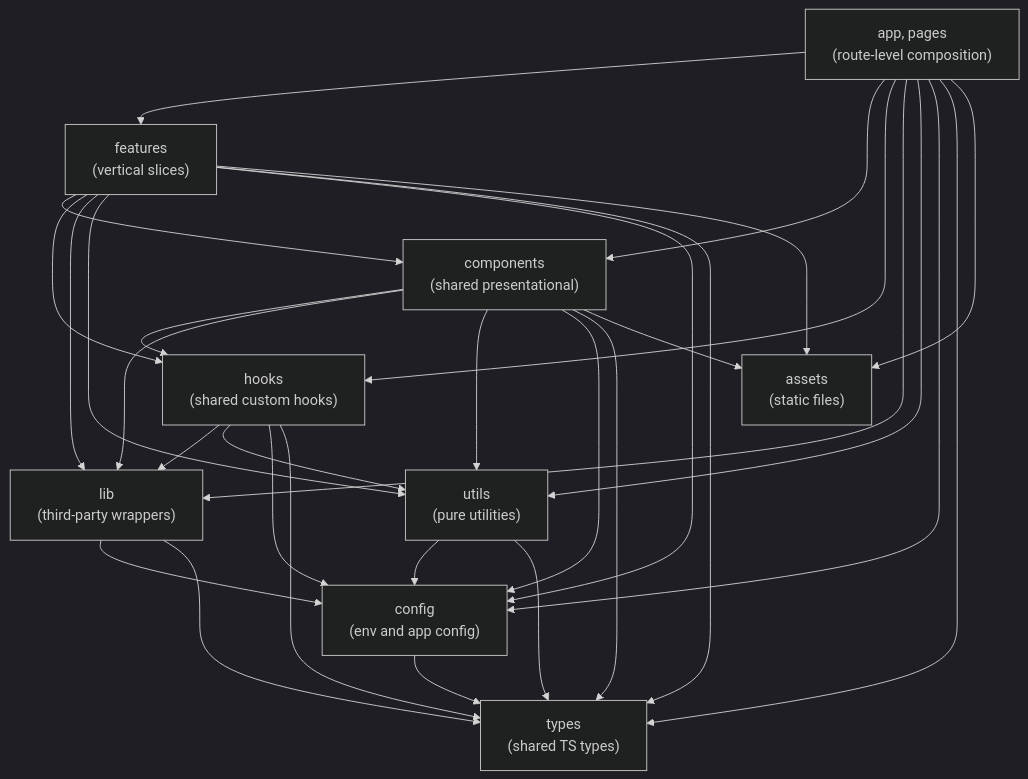
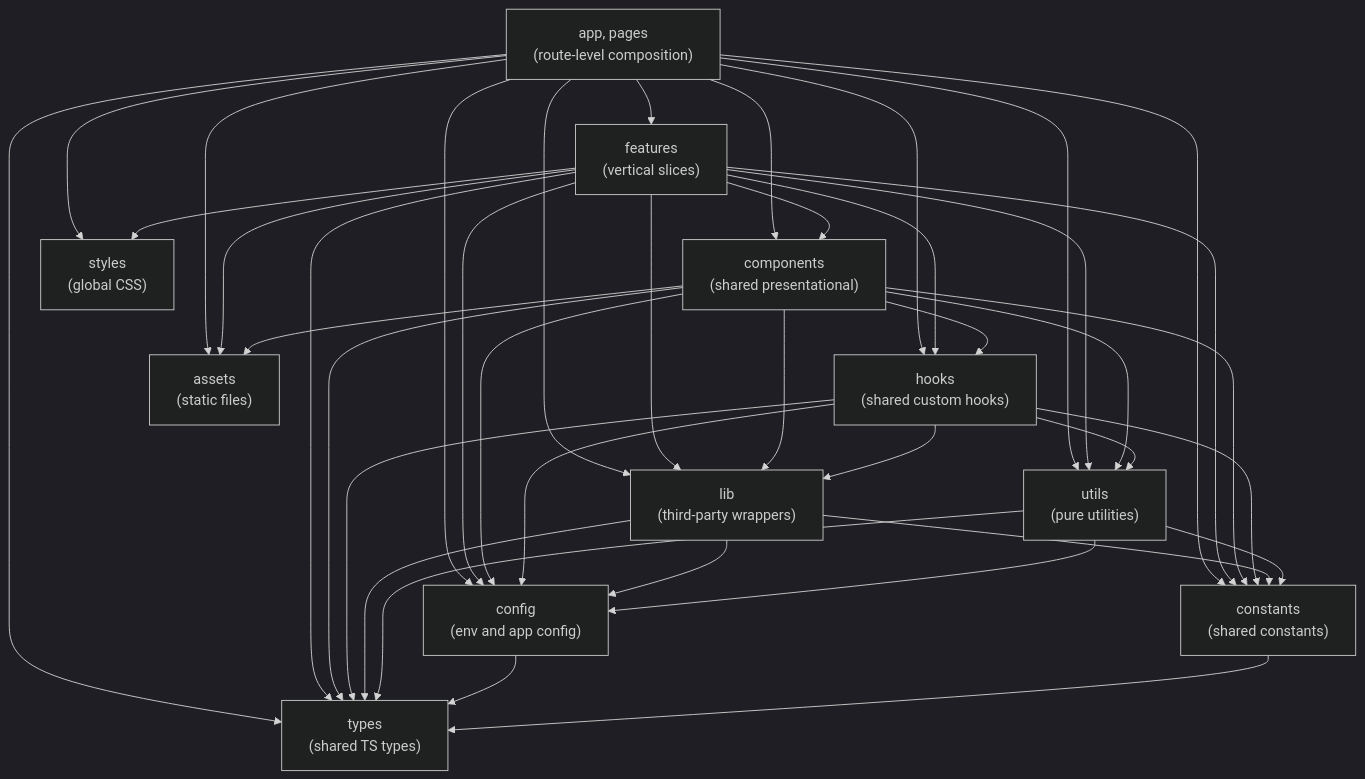
The first of 2 diagrams in docs/architecture/web-features-layout.md (iangoodnight/delve-moar), drawn with Mermaid (dark theme) before and after one commit. The commit also changed other lines of this file, not shown here.

First line of the commit message:
docs: sync web-features-layout with the eslint boundary config

````diff
--- a/docs/architecture/web-features-layout.md
+++ b/docs/architecture/web-features-layout.md
@@ -26,47 +26,58 @@
 ```mermaid
 flowchart TB
     app["app, pages<br/>(route-level composition)"]
     features["features<br/>(vertical slices)"]
     components["components<br/>(shared presentational)"]
     hooks["hooks<br/>(shared custom hooks)"]
     lib["lib<br/>(third-party wrappers)"]
     utils["utils<br/>(pure utilities)"]
     config["config<br/>(env and app config)"]
+    constants["constants<br/>(shared constants)"]
     types["types<br/>(shared TS types)"]
     assets["assets<br/>(static files)"]
+    styles["styles<br/>(global CSS)"]
 
     app --> features
     app --> components
     app --> hooks
     app --> lib
     app --> utils
     app --> config
+    app --> constants
     app --> types
     app --> assets
+    app --> styles
 
     features --> components
     features --> hooks
     features --> lib
     features --> utils
     features --> config
+    features --> constants
     features --> types
     features --> assets
+    features --> styles
 
     components --> hooks
     components --> lib
     components --> utils
     components --> config
+    components --> constants
     components --> types
     components --> assets
 
     hooks --> lib
     hooks --> utils
     hooks --> config
+    hooks --> constants
     hooks --> types
 
     lib --> config
+    lib --> constants
     lib --> types
     utils --> config
+    utils --> constants
     utils --> types
     config --> types
+    constants --> types
 ```
````
